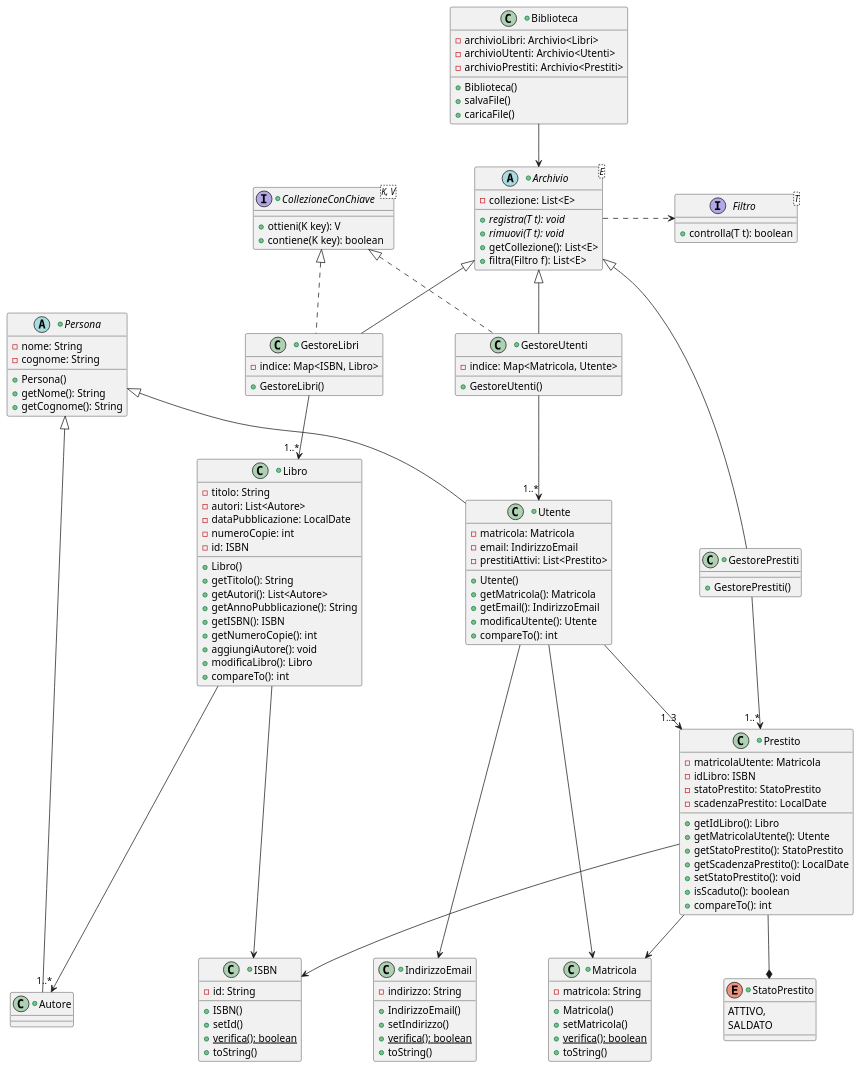
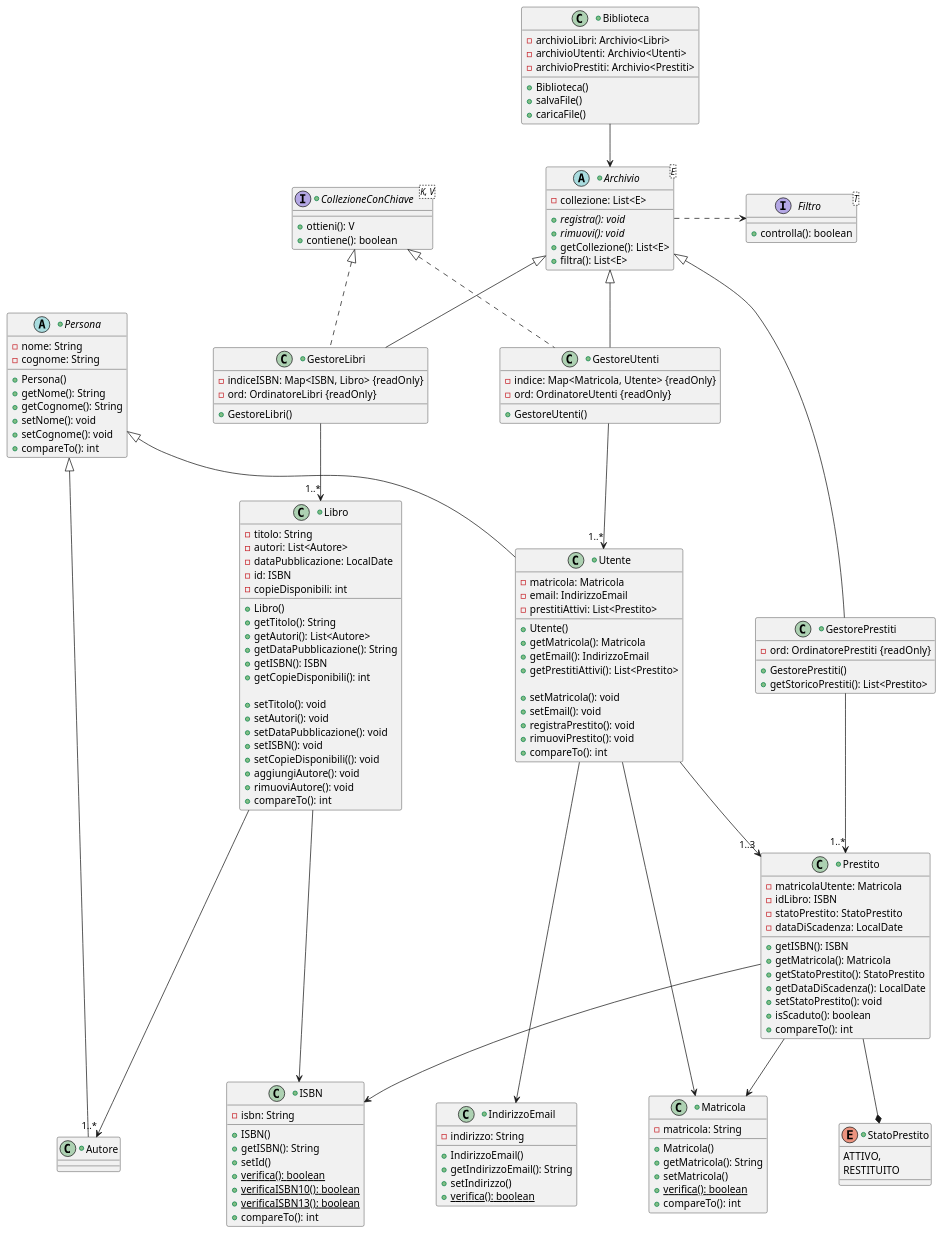
One commit to Meziu/easylibrary changed the diagram in docs/uml/classes.puml. Above: the diagram before and after it, drawn with PlantUML.

Commit message:
Aggiornamento diagramma delle classi

```diff
--- a/docs/uml/classes.puml
+++ b/docs/uml/classes.puml
@@ -1,163 +1,193 @@
 @startuml
 'skinparam classAttributeIconSize 0
 skinparam nodesep 100
 
 interface Filtro<T> {
-    +controlla(T t): boolean
+    +controlla(): boolean
 }
 
 +abstract class Archivio<E> {
     -collezione: List<E>
 
-    +registra(T t): void {abstract}
-    +rimuovi(T t): void {abstract}
+    +registra(): void {abstract}
+    +rimuovi(): void {abstract}
     +getCollezione(): List<E>
-    +filtra(Filtro f): List<E>
+    +filtra(): List<E>
 }
 
 +interface CollezioneConChiave<K, V> {
-    +ottieni(K key): V
-    +contiene(K key): boolean
++ottieni(): V
++contiene(): boolean
 }
 
 +abstract class Persona{
     -nome: String
     -cognome: String
 
-    +Persona()
-    +getNome(): String
-    +getCognome(): String
++Persona()
++getNome(): String
++getCognome(): String
++setNome(): void
++setCognome(): void
++compareTo(): int
+
 }
 
 +class Utente extends Persona{
     -matricola: Matricola
     -email: IndirizzoEmail
     -prestitiAttivi: List<Prestito>
 
-    +Utente()
-    +getMatricola(): Matricola
-    +getEmail(): IndirizzoEmail
-    +modificaUtente(): Utente
-    +compareTo(): int
++Utente()
++getMatricola(): Matricola
++getEmail(): IndirizzoEmail
++getPrestitiAttivi(): List<Prestito>
+    
++setMatricola(): void
++setEmail(): void
++registraPrestito(): void
++rimuoviPrestito(): void
++compareTo(): int
 }
 
 +class Matricola {
     -matricola: String
 
-    +Matricola()
-    +setMatricola()
-    +verifica(): boolean {static}
-    +toString()
++Matricola()
++getMatricola(): String
++setMatricola()
++verifica(): boolean {static}
++compareTo(): int
 }
+
 
 +class IndirizzoEmail {
     -indirizzo: String
 
-    +IndirizzoEmail()
-    +setIndirizzo()
-    +verifica(): boolean {static}
-    +toString()
++IndirizzoEmail()
++getIndirizzoEmail(): String
++setIndirizzo()
++verifica(): boolean {static}
 }
 
 
 +class Libro{
     -titolo: String
     -autori: List<Autore>
     -dataPubblicazione: LocalDate
-    -numeroCopie: int
     -id: ISBN
+    -copieDisponibili: int
 
-    +Libro()
-    +getTitolo(): String
-    +getAutori(): List<Autore>
-    +getAnnoPubblicazione(): String
-    +getISBN(): ISBN
-    +getNumeroCopie(): int
-    +aggiungiAutore(): void
-    +modificaLibro(): Libro
-    +compareTo(): int
++Libro()
++getTitolo(): String
++getAutori(): List<Autore>
++getDataPubblicazione(): String
++getISBN(): ISBN
++getCopieDisponibili(): int
+
++setTitolo(): void
++setAutori(): void
++setDataPubblicazione(): void
++setISBN(): void
++setCopieDisponibili((): void
++aggiungiAutore(): void
++rimuoviAutore(): void
++compareTo(): int
 }
 
+
 +class ISBN {
-    -id: String
+    -isbn: String
 
-    +ISBN()
-    +setId()
++ISBN()
++getISBN(): String
++setId()
     +verifica(): boolean {static}
-    +toString()
++verificaISBN10(): boolean {static}
++verificaISBN13(): boolean {static}
++compareTo(): int
 }
+
+
 
 +class Autore extends Persona{
 }
 
 
 +class Prestito{
     -matricolaUtente: Matricola
     -idLibro: ISBN
     -statoPrestito: StatoPrestito
-    -scadenzaPrestito: LocalDate
+    -dataDiScadenza: LocalDate
 
-    +getIdLibro(): Libro
-    +getMatricolaUtente(): Utente
+    +getISBN(): ISBN
+    +getMatricola(): Matricola
     +getStatoPrestito(): StatoPrestito
-    +getScadenzaPrestito(): LocalDate
+    +getDataDiScadenza(): LocalDate
     +setStatoPrestito(): void
     +isScaduto(): boolean
     +compareTo(): int
 }
 
 +enum StatoPrestito{
     ATTIVO,
-    SALDATO
+    RESTITUITO
 }
 
 
 +class Biblioteca {
     -archivioLibri: Archivio<Libri>
     -archivioUtenti: Archivio<Utenti>
     -archivioPrestiti: Archivio<Prestiti>
 
     +Biblioteca()
     +salvaFile()
     +caricaFile()
 }
 
 
 +class GestoreLibri extends Archivio implements CollezioneConChiave {
-    -indice: Map<ISBN, Libro>
+    -indiceISBN: Map<ISBN, Libro> {readOnly}
+-ord: OrdinatoreLibri {readOnly}
 
     +GestoreLibri()
 }
 
 
 +class GestoreUtenti extends Archivio implements CollezioneConChiave {
-    -indice: Map<Matricola, Utente>
+    -indice: Map<Matricola, Utente> {readOnly}
+-ord: OrdinatoreUtenti {readOnly}
 
     +GestoreUtenti()
 }
 
 
 +class GestorePrestiti extends Archivio {
+-ord: OrdinatorePrestiti {readOnly}
 
-    +GestorePrestiti()
++GestorePrestiti()
++getStoricoPrestiti(): List<Prestito>
 }
+
+
+
 
 
 Biblioteca --> Archivio
 'Biblioteca ..> CollezioneConChiave
 
 Archivio .right.> Filtro
 
 Utente --> "1..3" Prestito
 Utente --> Matricola
 Utente ---> IndirizzoEmail
 Libro ---> "1..*" Autore
 Libro --> ISBN
 Prestito --> Matricola
 Prestito --> ISBN
 Prestito --* StatoPrestito
 
 GestoreUtenti --> "1..*" Utente
 GestoreLibri --> "1..*" Libro
 GestorePrestiti --> "1..*" Prestito
 @enduml
```
